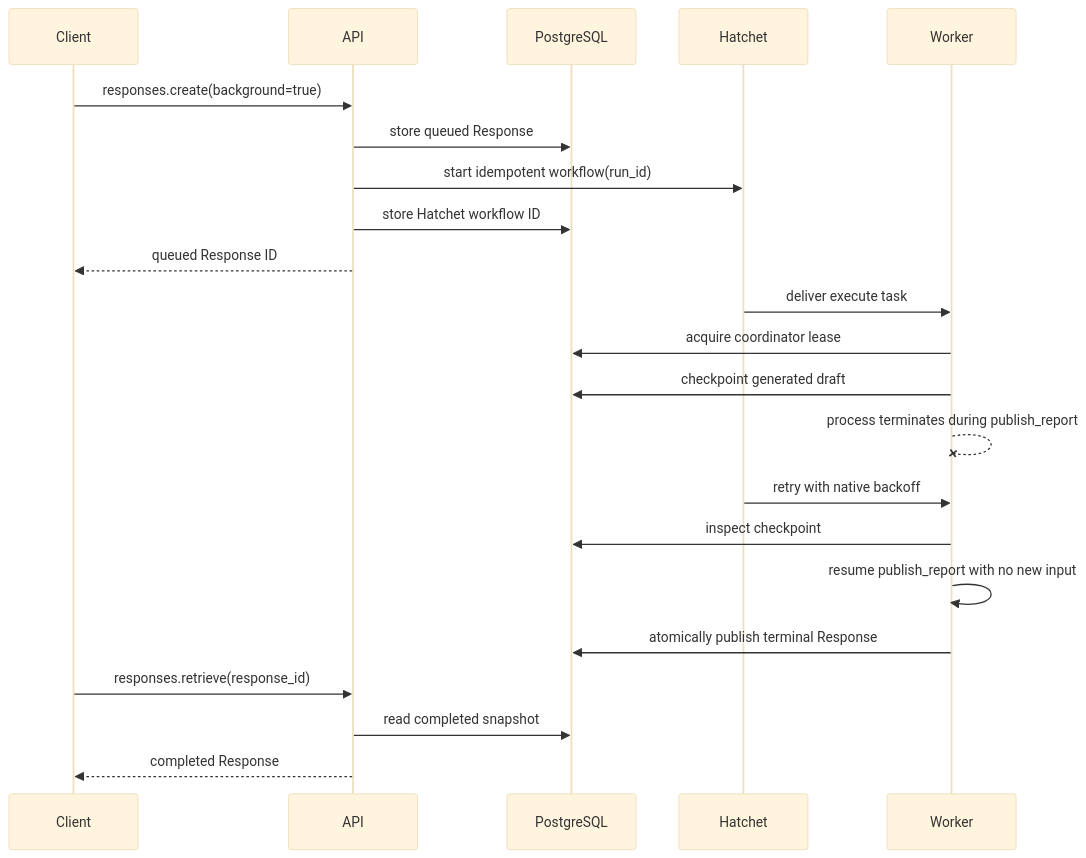
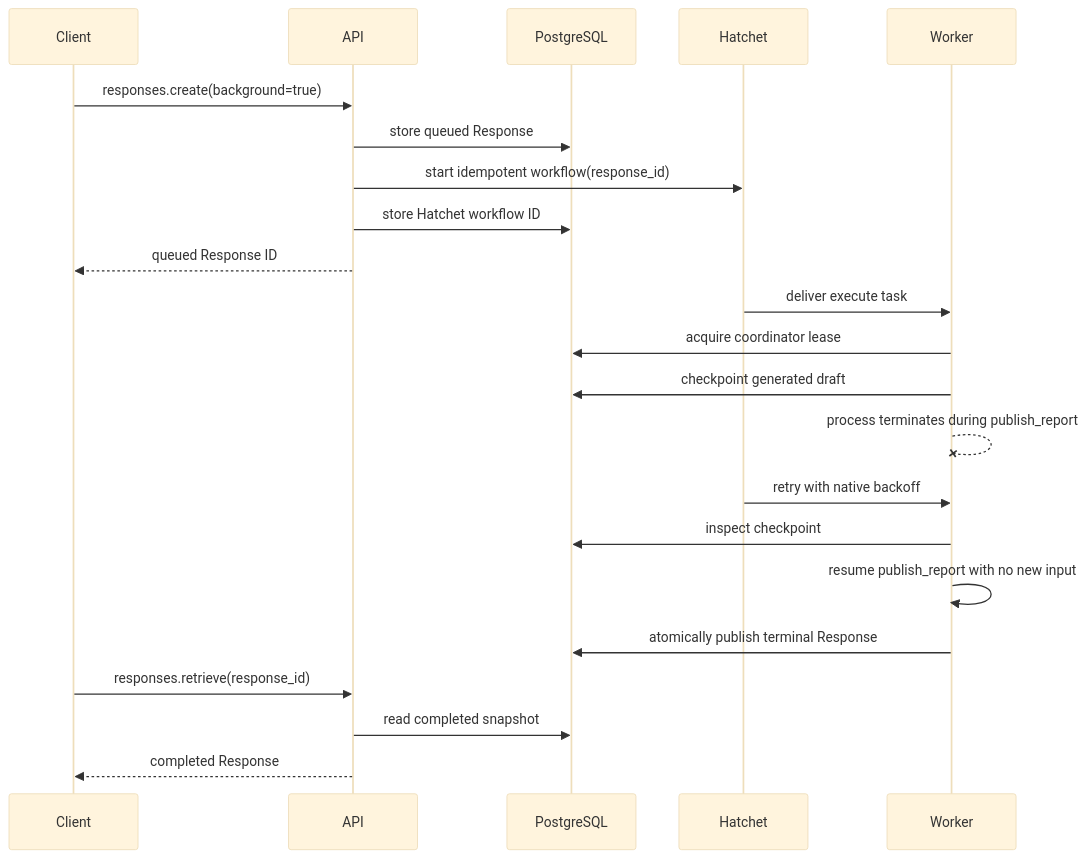
The second of 2 diagrams in docs/demo/graphs/background-report-agent.md (ilkersigirci/langgraph-openai-serve), drawn with Mermaid (base theme) before and after one commit. The commit also changed other lines of this file and 61 other files, not shown here.

````diff
--- a/docs/demo/graphs/background-report-agent.md
+++ b/docs/demo/graphs/background-report-agent.md
@@ -35,25 +35,25 @@
 ```mermaid
 sequenceDiagram
   participant Client
   participant API
   participant DB as PostgreSQL
   participant Hatchet
   participant Worker
 
   Client->>API: responses.create(background=true)
   API->>DB: store queued Response
-  API->>Hatchet: start idempotent workflow(run_id)
+  API->>Hatchet: start idempotent workflow(response_id)
   API->>DB: store Hatchet workflow ID
   API-->>Client: queued Response ID
   Hatchet->>Worker: deliver execute task
   Worker->>DB: acquire coordinator lease
   Worker->>DB: checkpoint generated draft
   Worker--xWorker: process terminates during publish_report
   Hatchet->>Worker: retry with native backoff
   Worker->>DB: inspect checkpoint
   Worker->>Worker: resume publish_report with no new input
   Worker->>DB: atomically publish terminal Response
   Client->>API: responses.retrieve(response_id)
   API->>DB: read completed snapshot
   API-->>Client: completed Response
 ```
````
